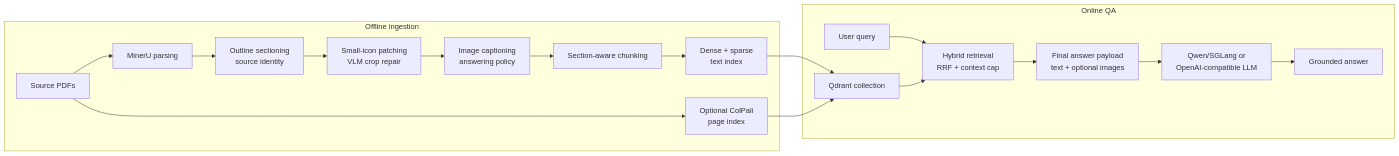
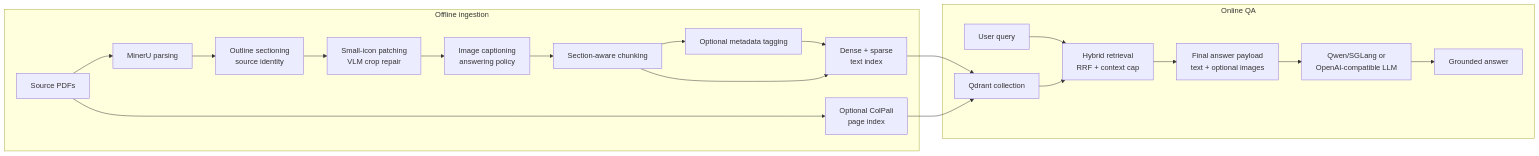
Before and after one commit to ziyan-c/RAG-Flow: the diagram in README.md, drawn with Mermaid. The commit also changed other lines of this file and 15 other files, not shown here.

````diff
--- a/README.md
+++ b/README.md
@@ -29,23 +29,25 @@
 ```mermaid
 flowchart LR
   subgraph Offline["Offline ingestion"]
     PDF["Source PDFs"] --> MinerU["MinerU parsing"]
     MinerU --> Sectioning["Outline sectioning<br/>source identity"]
     Sectioning --> Patching["Small-icon patching<br/>VLM crop repair"]
     Patching --> Captioning["Image captioning<br/>answering policy"]
     Captioning --> Chunking["Section-aware chunking"]
-    Chunking --> TextIndex["Dense + sparse<br/>text index"]
+    Chunking --> Tagging["Optional metadata tagging"]
+    Tagging --> TextIndex["Dense + sparse<br/>text index"]
+    Chunking --> TextIndex
     PDF --> VisualIndex["Optional ColPali<br/>page index"]
   end
 
   TextIndex --> Qdrant["Qdrant collection"]
   VisualIndex --> Qdrant
 
   subgraph Online["Online QA"]
     Query["User query"] --> Retrieval["Hybrid retrieval<br/>RRF + context cap"]
     Qdrant --> Retrieval
     Retrieval --> Payload["Final answer payload<br/>text + optional images"]
     Payload --> Answerer["Qwen/SGLang or<br/>OpenAI-compatible LLM"]
     Answerer --> Answer["Grounded answer"]
   end
 ```
````
